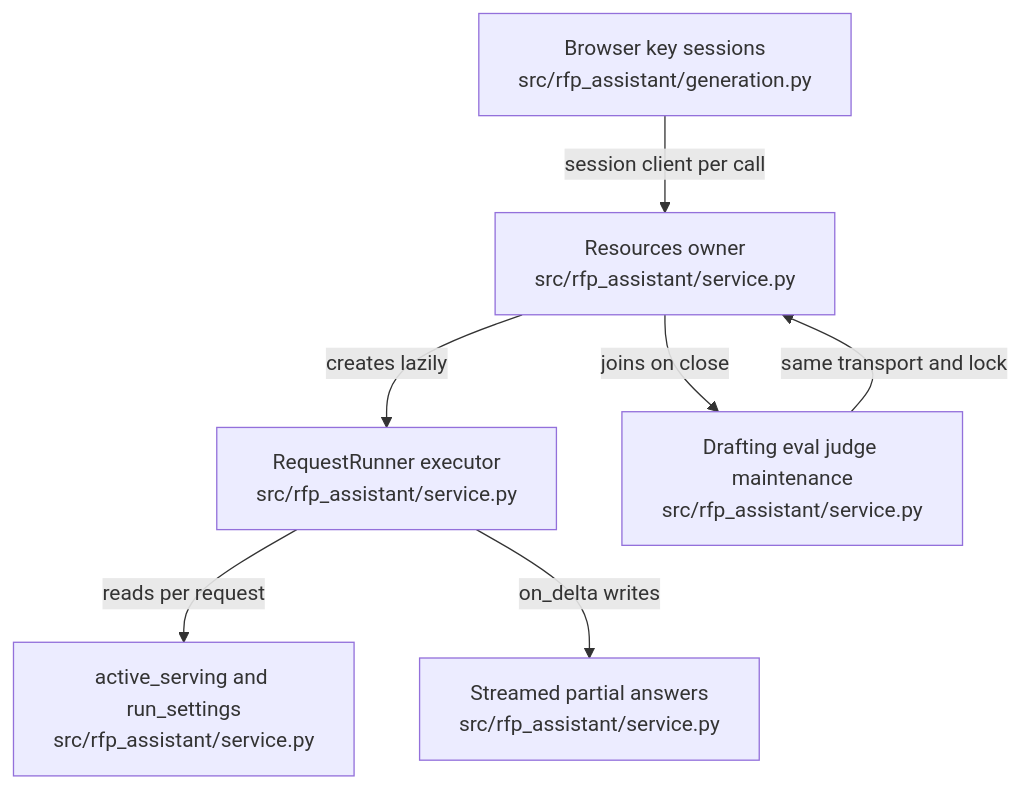
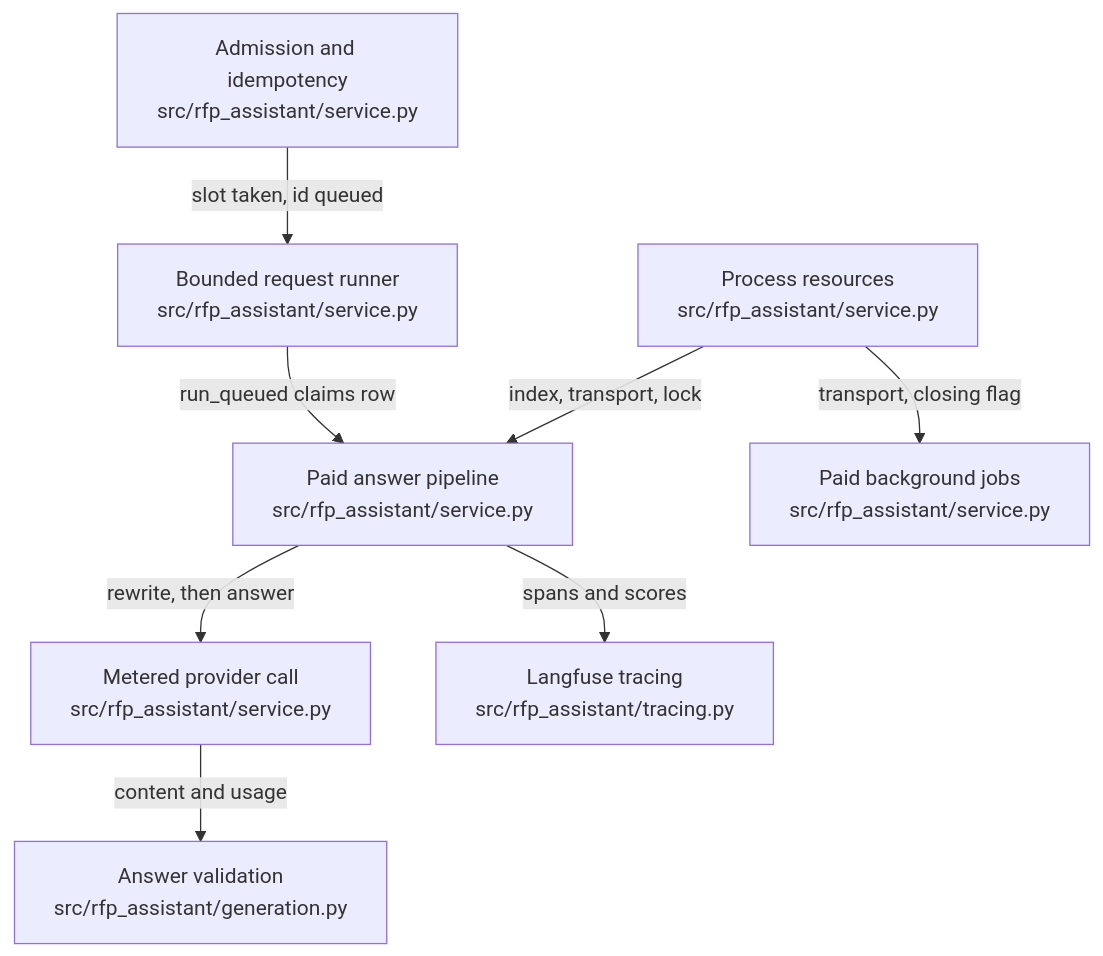
The diagram in .omm/overall-architecture/service-core/diagram.mmd (littleeeeebit/project-codeit-mid), drawn with Mermaid before and after one commit. The commit also changed 318 other files, not shown here.

Commit message:
Refresh wiki and architecture before merge

```diff
--- a/.omm/overall-architecture/service-core/diagram.mmd
+++ b/.omm/overall-architecture/service-core/diagram.mmd
@@ -1,13 +1,16 @@
 graph TD
-  resources-owner["Resources owner\nsrc/rfp_assistant/service.py"]
-  key-sessions["Browser key sessions\nsrc/rfp_assistant/generation.py"]
-  request-runner["RequestRunner executor\nsrc/rfp_assistant/service.py"]
-  background-jobs["Drafting eval judge maintenance\nsrc/rfp_assistant/service.py"]
-  serving-config["active_serving and run_settings\nsrc/rfp_assistant/service.py"]
-  partials-buffer["Streamed partial answers\nsrc/rfp_assistant/service.py"]
-  resources-owner -->|creates lazily| request-runner
-  resources-owner -->|joins on close| background-jobs
-  key-sessions -->|session client per call| resources-owner
-  request-runner -->|reads per request| serving-config
-  request-runner -->|on_delta writes| partials-buffer
-  background-jobs -->|same transport and lock| resources-owner
+  resources["Process resources\nsrc/rfp_assistant/service.py"]
+  submit["Admission and idempotency\nsrc/rfp_assistant/service.py"]
+  runner["Bounded request runner\nsrc/rfp_assistant/service.py"]
+  paid-answer["Paid answer pipeline\nsrc/rfp_assistant/service.py"]
+  metered-chat["Metered provider call\nsrc/rfp_assistant/service.py"]
+  answer-check["Answer validation\nsrc/rfp_assistant/generation.py"]
+  background-jobs["Paid background jobs\nsrc/rfp_assistant/service.py"]
+  tracing["Langfuse tracing\nsrc/rfp_assistant/tracing.py"]
+  submit -->|"slot taken, id queued"| runner
+  runner -->|"run_queued claims row"| paid-answer
+  paid-answer -->|"rewrite, then answer"| metered-chat
+  metered-chat -->|"content and usage"| answer-check
+  resources -->|"index, transport, lock"| paid-answer
+  resources -->|"transport, closing flag"| background-jobs
+  paid-answer -->|"spans and scores"| tracing
```
